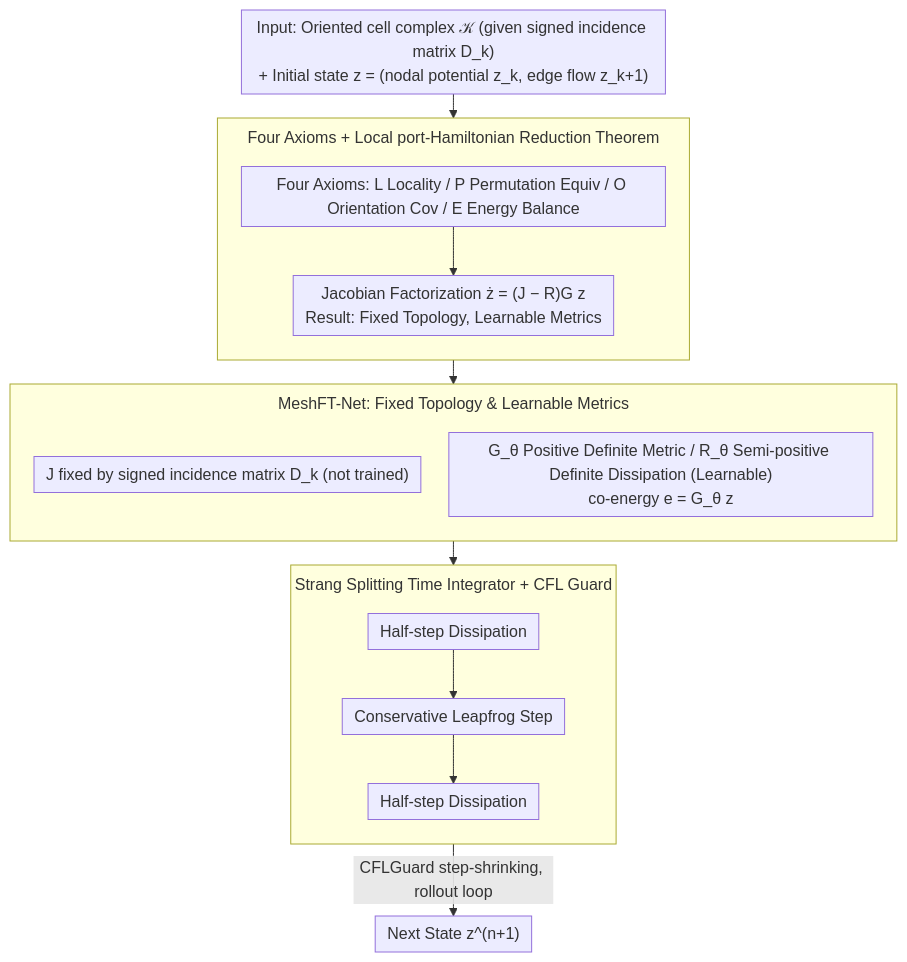
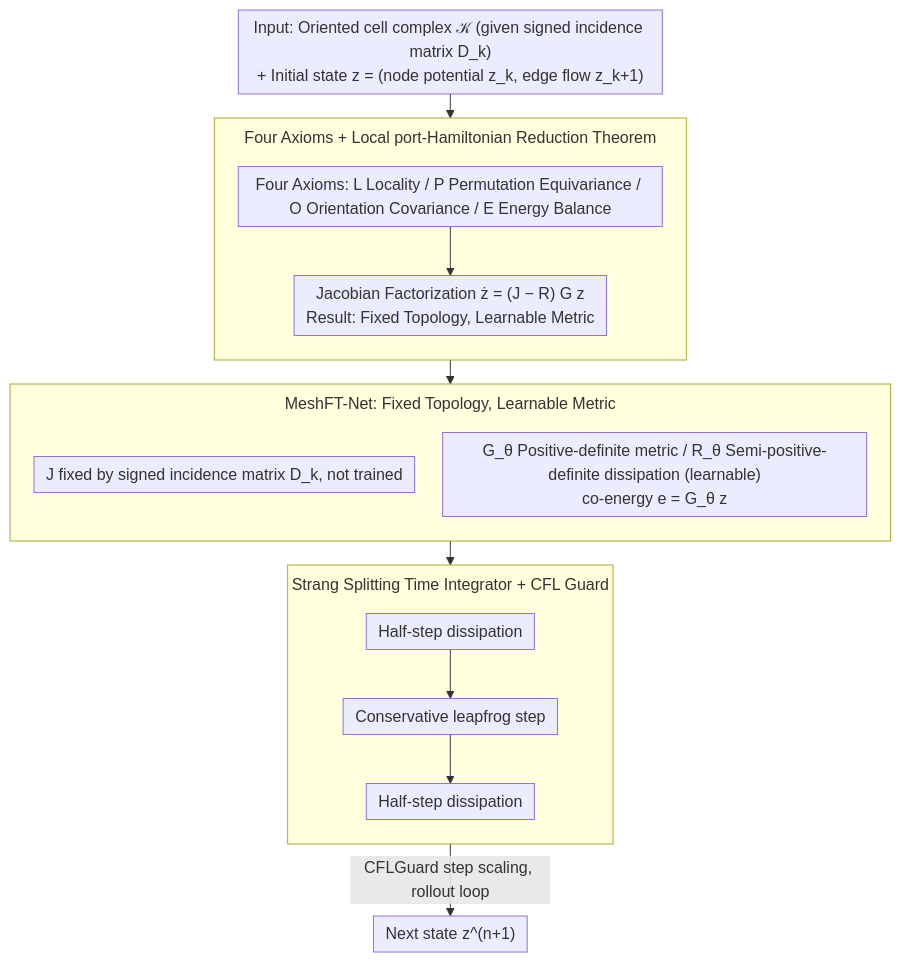
One commit to zhaoyang97/Paper-Notes-en changed the diagram in docs/ICML2026/physics/mesh_field_theory_port-hamiltonian_formulation_of_mesh-based_physics.md. Above: the diagram before and after it, drawn with Mermaid. The commit also changed other lines of this file and 5084 other files, not shown here.

````diff
--- a/docs/ICML2026/physics/mesh_field_theory_port-hamiltonian_formulation_of_mesh-based_physics.md
+++ b/docs/ICML2026/physics/mesh_field_theory_port-hamiltonian_formulation_of_mesh-based_physics.md
@@ -46,21 +46,21 @@
 ```mermaid
 %%{init: {'flowchart': {'rankSpacing': 24, 'nodeSpacing': 28, 'padding': 6, 'wrappingWidth': 400, 'subGraphTitleMargin': {'top': 8, 'bottom': 16}}}}%%
 flowchart TD
-    A["Input: Oriented cell complex 𝒦 (given signed incidence matrix D_k)<br/>+ Initial state z = (nodal potential z_k, edge flow z_k+1)"] --> THM
+    A["Input: Oriented cell complex 𝒦 (given signed incidence matrix D_k)<br/>+ Initial state z = (node potential z_k, edge flow z_k+1)"] --> THM
     subgraph THM["Four Axioms + Local port-Hamiltonian Reduction Theorem"]
         direction TB
-        B["Four Axioms: L Locality / P Permutation Equiv / O Orientation Cov / E Energy Balance"] --> C["Jacobian Factorization ż = (J − R)G z<br/>Result: Fixed Topology, Learnable Metrics"]
+        B["Four Axioms: L Locality / P Permutation Equivariance / O Orientation Covariance / E Energy Balance"] --> C["Jacobian Factorization ż = (J − R) G z<br/>Result: Fixed Topology, Learnable Metric"]
     end
     THM --> NET
-    subgraph NET["MeshFT-Net: Fixed Topology & Learnable Metrics"]
+    subgraph NET["MeshFT-Net: Fixed Topology, Learnable Metric"]
         direction TB
-        D["J fixed by signed incidence matrix D_k (not trained)"]
-        E["G_θ Positive Definite Metric / R_θ Semi-positive Definite Dissipation (Learnable)<br/>co-energy e = G_θ z"]
+        D["J fixed by signed incidence matrix D_k, not trained"]
+        E["G_θ Positive-definite metric / R_θ Semi-positive-definite dissipation (learnable)<br/>co-energy e = G_θ z"]
     end
     NET --> INT
     subgraph INT["Strang Splitting Time Integrator + CFL Guard"]
         direction TB
-        F["Half-step Dissipation"] --> G["Conservative Leapfrog Step"] --> H["Half-step Dissipation"]
+        F["Half-step dissipation"] --> G["Conservative leapfrog step"] --> H["Half-step dissipation"]
     end
-    INT -->|CFLGuard step-shrinking, rollout loop| OUT["Next State z^(n+1)"]
+    INT -->|CFLGuard step scaling, rollout loop| OUT["Next state z^(n+1)"]
 ```
````
